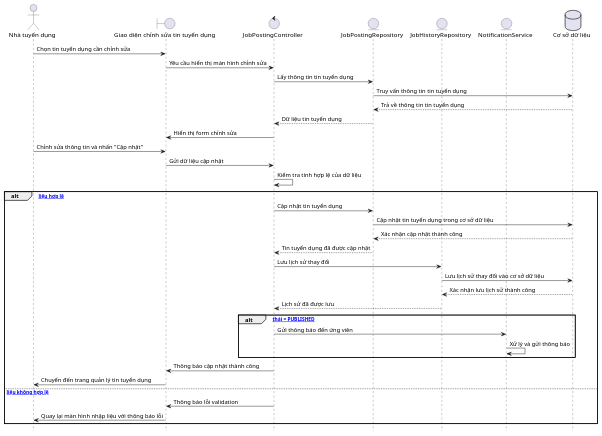
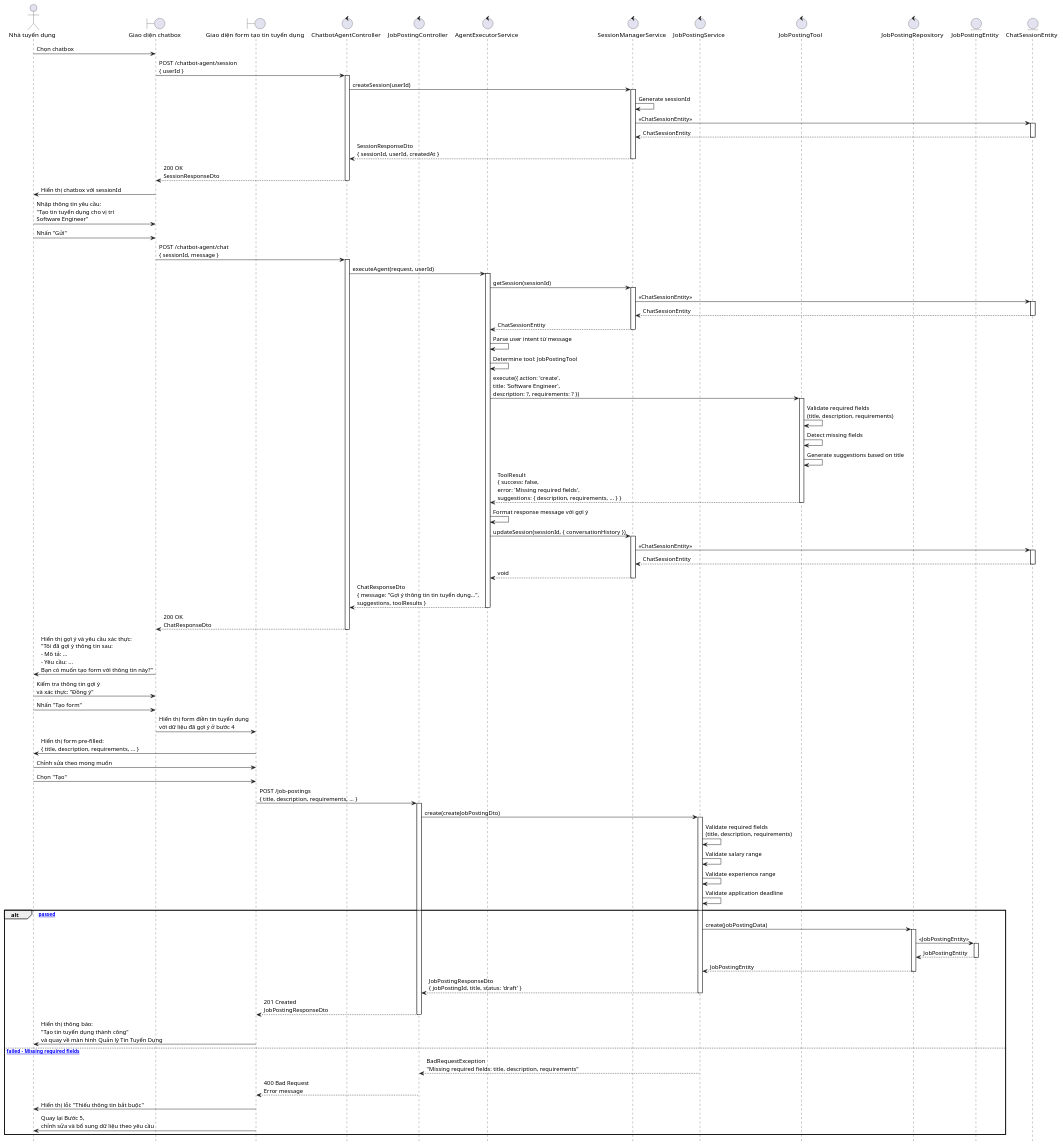
Before and after one commit to felix-253/TechLeet-server: the diagram in sequence/UC-04/UC-04-simple-sequence.wsd, drawn with PlantUML. The commit also changed 33 other files, not shown here.

```diff
--- a/sequence/UC-04/UC-04-simple-sequence.wsd
+++ b/sequence/UC-04/UC-04-simple-sequence.wsd
@@ -1,50 +1,134 @@
-@startuml UC-04: Cập nhật thông tin tuyển dụng
+@startuml UC-04: Tạo tin tuyển dụng với chatbox
 hide footbox
 skinparam ParticipantPadding 10
 skinparam BoxPadding 5
 
-actor "Nhà tuyển dụng" as HiringManager
-boundary "Giao diện chỉnh sửa tin tuyển dụng" as EditJobUI
+actor "Nhà tuyển dụng" as Recruiter
+boundary "Giao diện chatbox" as ChatUI
+boundary "Giao diện form tạo tin tuyển dụng" as FormUI
+control "ChatbotAgentController" as ChatController
 control "JobPostingController" as JobPostingController
-entity "JobPostingRepository" as JobPostingRepo
-entity "JobHistoryRepository" as JobHistoryRepo
-entity "NotificationService" as NotificationService
-database "Cơ sở dữ liệu" as Database
+control "AgentExecutorService" as AgentExecutor
+control "SessionManagerService" as SessionManager
+control "JobPostingService" as JobPostingService
+control "JobPostingTool" as JobPostingTool
+control "JobPostingRepository" as JobPostingRepo
+entity "JobPostingEntity" as JobPostingEntity
+entity "ChatSessionEntity" as ChatSessionEntity
 
-HiringManager -> EditJobUI: Chọn tin tuyển dụng cần chỉnh sửa
-EditJobUI -> JobPostingController: Yêu cầu hiển thị màn hình chỉnh sửa
-JobPostingController -> JobPostingRepo: Lấy thông tin tin tuyển dụng
-JobPostingRepo -> Database: Truy vấn thông tin tin tuyển dụng
-Database --> JobPostingRepo: Trả về thông tin tin tuyển dụng
-JobPostingRepo --> JobPostingController: Dữ liệu tin tuyển dụng
-JobPostingController -> EditJobUI: Hiển thị form chỉnh sửa
 
-HiringManager -> EditJobUI: Chỉnh sửa thông tin và nhấn "Cập nhật"
+Recruiter -> ChatUI: Chọn chatbox
+ChatUI -> ChatController: POST /chatbot-agent/session\n{ userId }
+activate ChatController
+ChatController -> SessionManager: createSession(userId)
+activate SessionManager
+SessionManager -> SessionManager: Generate sessionId
+SessionManager -> ChatSessionEntity: <<ChatSessionEntity>>
+activate ChatSessionEntity
+ChatSessionEntity --> SessionManager: ChatSessionEntity
+deactivate ChatSessionEntity
+SessionManager --> ChatController: SessionResponseDto\n{ sessionId, userId, createdAt }
+deactivate SessionManager
+ChatController --> ChatUI: 200 OK\nSessionResponseDto
+deactivate ChatController
+ChatUI -> Recruiter: Hiển thị chatbox với sessionId
 
-EditJobUI -> JobPostingController: Gửi dữ liệu cập nhật
-JobPostingController -> JobPostingController: Kiểm tra tính hợp lệ của dữ liệu
 
-alt [Dữ liệu hợp lệ]
-    JobPostingController -> JobPostingRepo: Cập nhật tin tuyển dụng
-    JobPostingRepo -> Database: Cập nhật tin tuyển dụng trong cơ sở dữ liệu
-    Database --> JobPostingRepo: Xác nhận cập nhật thành công
-    JobPostingRepo --> JobPostingController: Tin tuyển dụng đã được cập nhật
+Recruiter -> ChatUI: Nhập thông tin yêu cầu:\n"Tạo tin tuyển dụng cho vị trí\nSoftware Engineer"
+Recruiter -> ChatUI: Nhấn "Gửi"
+
+ChatUI -> ChatController: POST /chatbot-agent/chat\n{ sessionId, message }
+activate ChatController
+
+ChatController -> AgentExecutor: executeAgent(request, userId)
+activate AgentExecutor
+
+AgentExecutor -> SessionManager: getSession(sessionId)
+activate SessionManager
+SessionManager -> ChatSessionEntity: <<ChatSessionEntity>>
+activate ChatSessionEntity
+ChatSessionEntity --> SessionManager: ChatSessionEntity
+deactivate ChatSessionEntity
+SessionManager --> AgentExecutor: ChatSessionEntity
+deactivate SessionManager
+
+AgentExecutor -> AgentExecutor: Parse user intent từ message
+AgentExecutor -> AgentExecutor: Determine tool: JobPostingTool
+
+AgentExecutor -> JobPostingTool: execute({ action: 'create',\ntitle: 'Software Engineer',\ndescription: ?, requirements: ? })
+activate JobPostingTool
+
+JobPostingTool -> JobPostingTool: Validate required fields\n(title, description, requirements)
+JobPostingTool -> JobPostingTool: Detect missing fields
+JobPostingTool -> JobPostingTool: Generate suggestions based on title
+
+JobPostingTool --> AgentExecutor: ToolResult\n{ success: false,\nerror: 'Missing required fields',\nsuggestions: { description, requirements, ... } }
+deactivate JobPostingTool
+
+AgentExecutor -> AgentExecutor: Format response message với gợi ý
+AgentExecutor -> SessionManager: updateSession(sessionId, { conversationHistory })
+activate SessionManager
+SessionManager -> ChatSessionEntity: <<ChatSessionEntity>>
+activate ChatSessionEntity
+ChatSessionEntity --> SessionManager: ChatSessionEntity
+deactivate ChatSessionEntity
+SessionManager --> AgentExecutor: void
+deactivate SessionManager
+
+AgentExecutor --> ChatController: ChatResponseDto\n{ message: "Gợi ý thông tin tin tuyển dụng...",\nsuggestions, toolResults }
+deactivate AgentExecutor
+
+ChatController --> ChatUI: 200 OK\nChatResponseDto
+deactivate ChatController
+
+ChatUI -> Recruiter: Hiển thị gợi ý và yêu cầu xác thực:\n"Tôi đã gợi ý thông tin sau:\n- Mô tả: ...\n- Yêu cầu: ...\nBạn có muốn tạo form với thông tin này?"
+
+
+Recruiter -> ChatUI: Kiểm tra thông tin gợi ý\nvà xác thực: "Đồng ý"
+Recruiter -> ChatUI: Nhấn "Tạo form"
+
+ChatUI -> FormUI: Hiển thị form điền tin tuyển dụng\nvới dữ liệu đã gợi ý ở bước 4
+FormUI -> Recruiter: Hiển thị form pre-filled:\n{ title, description, requirements, ... }
+
+Recruiter -> FormUI: Chỉnh sửa theo mong muốn
+Recruiter -> FormUI: Chọn "Tạo"
+
+FormUI -> JobPostingController: POST /job-postings\n{ title, description, requirements, ... }
+activate JobPostingController
+
+JobPostingController -> JobPostingService: create(createJobPostingDto)
+activate JobPostingService
+
+JobPostingService -> JobPostingService: Validate required fields\n(title, description, requirements)
+JobPostingService -> JobPostingService: Validate salary range
+JobPostingService -> JobPostingService: Validate experience range
+JobPostingService -> JobPostingService: Validate application deadline
+
+alt [Validation passed]
+    JobPostingService -> JobPostingRepo: create(jobPostingData)
+    activate JobPostingRepo
+    JobPostingRepo -> JobPostingEntity: <<JobPostingEntity>>
+    activate JobPostingEntity
+    JobPostingEntity --> JobPostingRepo: JobPostingEntity
+    deactivate JobPostingEntity
+    JobPostingRepo --> JobPostingService: JobPostingEntity
+    deactivate JobPostingRepo
     
-    JobPostingController -> JobHistoryRepo: Lưu lịch sử thay đổi
-    JobHistoryRepo -> Database: Lưu lịch sử thay đổi vào cơ sở dữ liệu
-    Database --> JobHistoryRepo: Xác nhận lưu lịch sử thành công
-    JobHistoryRepo --> JobPostingController: Lịch sử đã được lưu
+    JobPostingService --> JobPostingController: JobPostingResponseDto\n{ jobPostingId, title, status: 'draft' }
+    deactivate JobPostingService
     
-    alt [Trạng thái = PUBLISHED]
-        JobPostingController -> NotificationService: Gửi thông báo đến ứng viên
-        NotificationService -> NotificationService: Xử lý và gửi thông báo
-    end
+    JobPostingController --> FormUI: 201 Created\nJobPostingResponseDto
+    deactivate JobPostingController
     
-    JobPostingController -> EditJobUI: Thông báo cập nhật thành công
-    EditJobUI -> HiringManager: Chuyển đến trang quản lý tin tuyển dụng
-else [Dữ liệu không hợp lệ]
-    JobPostingController -> EditJobUI: Thông báo lỗi validation
-    EditJobUI -> HiringManager: Quay lại màn hình nhập liệu với thông báo lỗi
+    FormUI -> Recruiter: Hiển thị thông báo:\n"Tạo tin tuyển dụng thành công"\nvà quay về màn hình Quản lý Tin Tuyển Dụng
+else [Validation failed - Missing required fields]
+    JobPostingService --> JobPostingController: BadRequestException\n"Missing required fields: title, description, requirements"
+    deactivate JobPostingService
+    JobPostingController --> FormUI: 400 Bad Request\nError message
+    deactivate JobPostingController
+    
+    FormUI -> Recruiter: Hiển thị lỗi: "Thiếu thông tin bắt buộc"
+    FormUI -> Recruiter: Quay lại Bước 5,\nchỉnh sửa và bổ sung dữ liệu theo yêu cầu
 end
 
 @enduml
```
